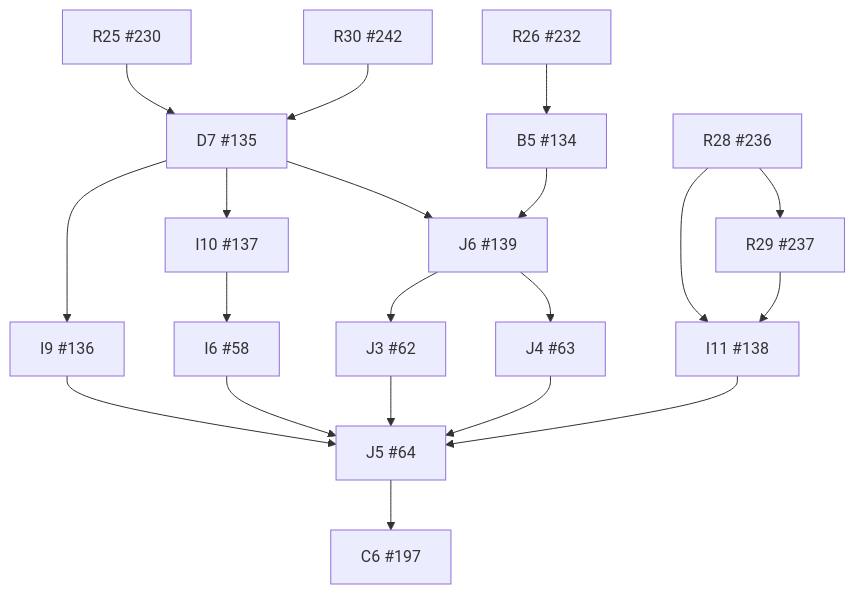
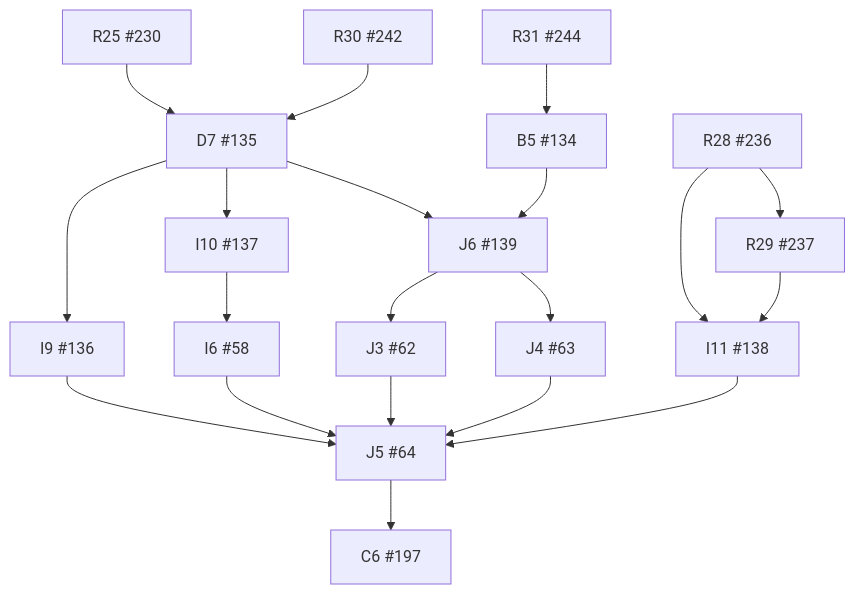
One commit to wojtekpiskorz/kiero changed the diagram in docs/implementation/dependency-graph.md. Above: the diagram before and after it, drawn with Mermaid. The commit also changed other lines of this file and 13 other files, not shown here.

````diff
--- a/docs/implementation/dependency-graph.md
+++ b/docs/implementation/dependency-graph.md
@@ -9,38 +9,38 @@
 ```mermaid
 flowchart TD
   I6["I6 #58"]
   J3["J3 #62"]
   J4["J4 #63"]
   J5["J5 #64"]
   B5["B5 #134"]
   D7["D7 #135"]
   I9["I9 #136"]
   I10["I10 #137"]
   I11["I11 #138"]
   J6["J6 #139"]
   C6["C6 #197"]
   R25["R25 #230"]
-  R26["R26 #232"]
   R28["R28 #236"]
   R29["R29 #237"]
   R30["R30 #242"]
+  R31["R31 #244"]
   I10 --> I6
   J6 --> J3
   J6 --> J4
   I6 --> J5
   J3 --> J5
   J4 --> J5
   I9 --> J5
   I11 --> J5
-  R26 --> B5
+  R31 --> B5
   R25 --> D7
   R30 --> D7
   D7 --> I9
   D7 --> I10
   R28 --> I11
   R29 --> I11
   D7 --> J6
   B5 --> J6
   J5 --> C6
   R28 --> R29
 ```
````
